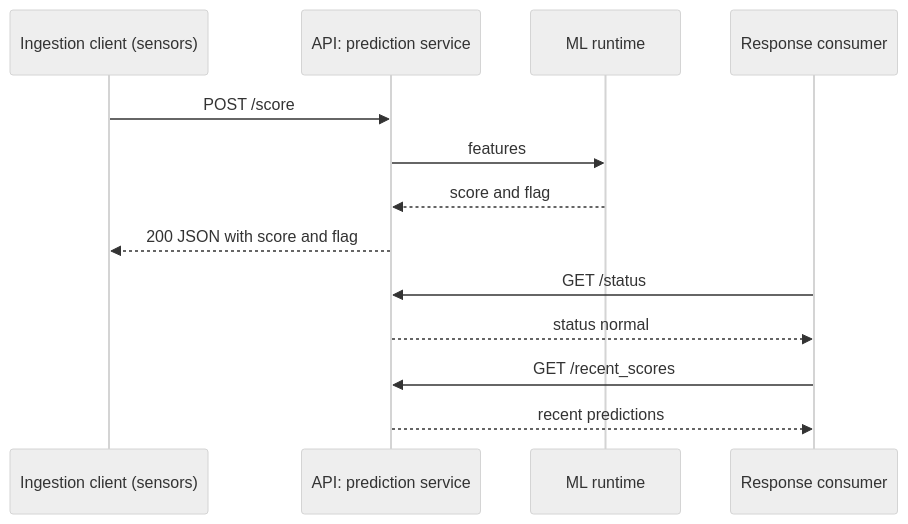
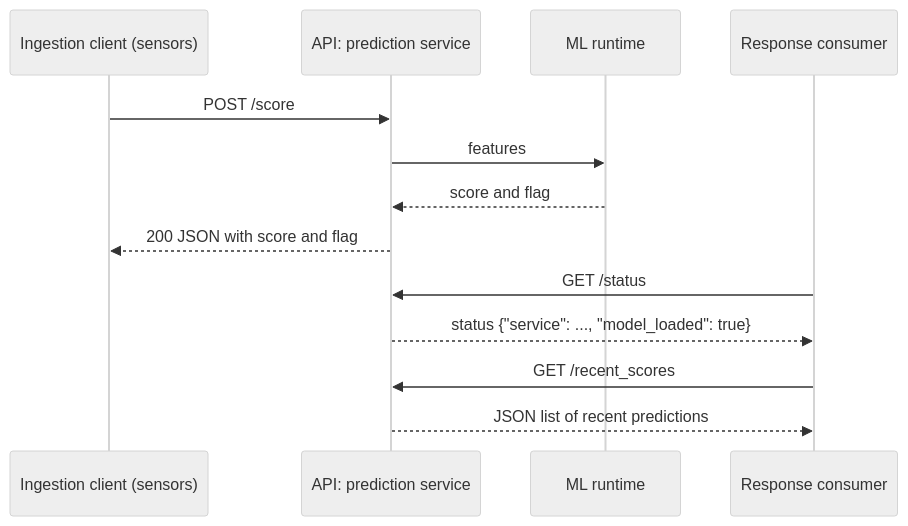
One commit to rzhlm/IUBH-stream-anomaly changed the diagram in documentation/sequence.mermaid. Above: the diagram before and after it, drawn with Mermaid (neutral theme). The commit also changed 1 other file, not shown here.

Commit message:
improvements to diagrams

```diff
--- a/documentation/sequence.mermaid
+++ b/documentation/sequence.mermaid
@@ -1,31 +1,31 @@
 sequenceDiagram
 
   participant ING as Ingestion client (sensors)
 
   participant API as API: prediction service
 
   participant MODEL as ML runtime
 
   participant CALLER as Response consumer
 
 
 
   ING->>API: POST /score
 
   API->>MODEL: features
 
   MODEL-->>API: score and flag
 
   API-->>ING: 200 JSON with score and flag
 
 
 
   CALLER->>API: GET /status
 
-  API-->>CALLER: status normal
+  API-->>CALLER: status {"service": ..., "model_loaded": true}
 
 
 
   CALLER->>API: GET /recent_scores
 
-  API-->>CALLER: recent predictions
+  API-->>CALLER: JSON list of recent predictions
```
